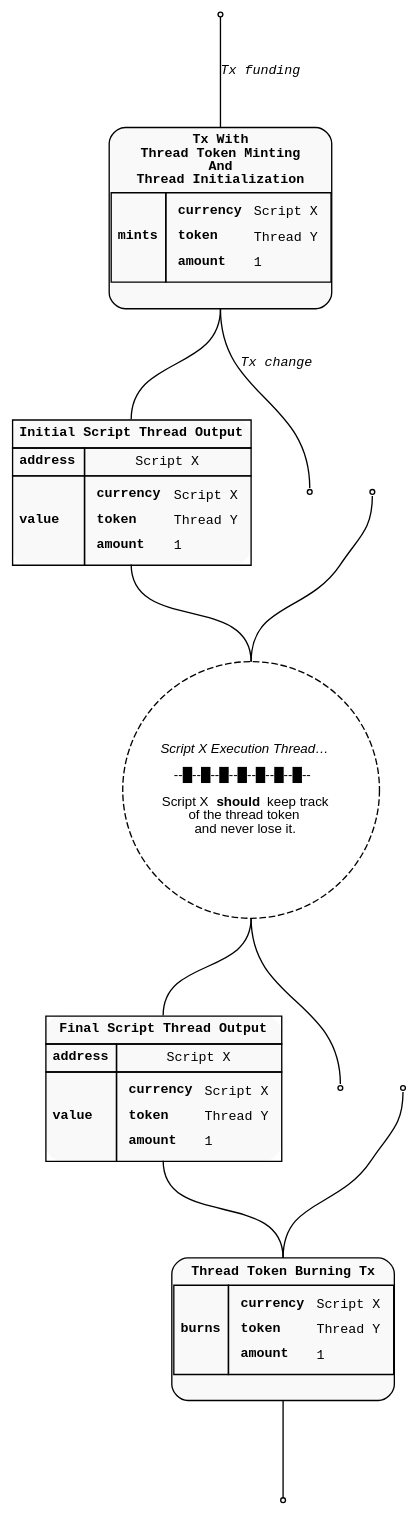
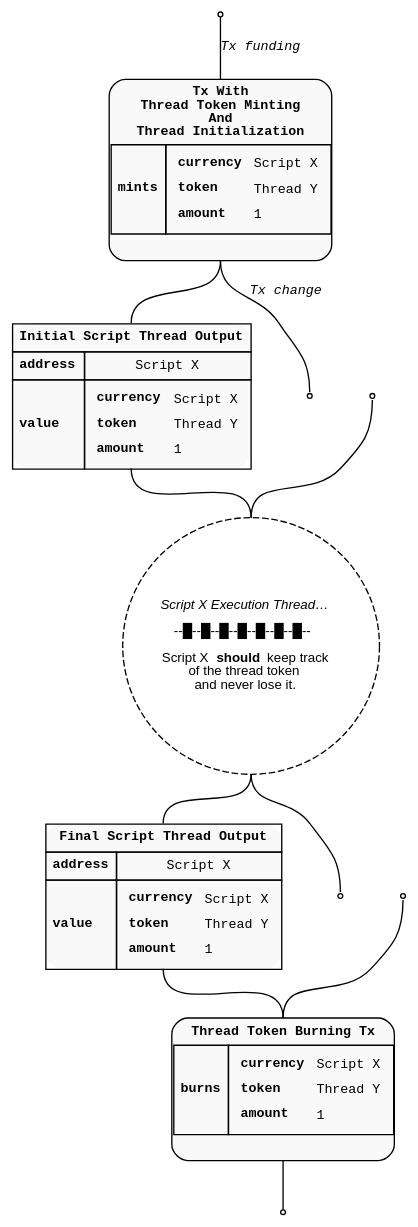
Before and after one commit to marlowe-lang/marlowe-oracle-protocol: the diagram in diagrams/utxo-thread-token.dot, drawn with Graphviz. The commit also changed 20 other files, not shown here.

Commit message:
Merge the markdown files. Make diagrams more compact.

```diff
--- a/diagrams/utxo-thread-token.dot
+++ b/diagrams/utxo-thread-token.dot
@@ -1,171 +1,171 @@
 digraph Thread_Token {
   rankdir=TD;
-  graph [pad="0.02", nodesep="0.6", ranksep="1"];
+  graph [pad="0.02", nodesep="0.6", ranksep="0.5"];
   node [shape=rect, style="filled,rounded", fillcolor="#f9f9f9", fontname="Courier New", fontsize="10"];
   edge [arrowhead=none, headport="n", tailport="s", color="#aaa", fontname="Courier New", fontsize="10"];
 
   MintingFundingOutput [shape=point];
   MintingFundingOutput -> MintingTx [label=<<i>Tx funding</i>>];
 
   MintingTx [label=<
     <TABLE CELLSPACING="0" CELLPADDING="4" BORDER="1" CELLBORDER="0" style="rounded" color="#aaa">
       <TR>
         <TD colspan="2" align="center"><b>Tx With</b><br/><b>Thread Token Minting</b><br/><b>And</b><br/><b>Thread Initialization</b></TD>
       </TR>
       <TR>
         <TD CELLPADDING="0">
           <TABLE CELLSPACING="0" CELLPADDING="4" BORDER="0" CELLBORDER="0">
             <TR>
               <TD BORDER="1" align="center"><b>mints</b></TD>
               <TD BORDER="1">
                 <TABLE CELLSPACING="0" CELLPADDING="4" BORDER="0" CELLBORDER="0">
                   <TR>
                     <TD align="left"><b>currency</b></TD>
                     <TD align="left" balign="left">Script X</TD>
                   </TR>
                   <TR>
                     <TD align="left"><b>token</b></TD>
                     <TD align="left" balign="left">Thread Y</TD>
                   </TR>
                   <TR>
                     <TD align="left"><b>amount</b></TD>
                     <TD align="left" balign="left">1</TD>
                   </TR>
                 </TABLE>
               </TD>
             </TR>
             <TR>
               <TD collspan="2" align="center"> </TD>
             </TR>
           </TABLE>
         </TD>
       </TR>
     </TABLE>
   > color="#aaa" shape="plain"];
 
 
   InitialScriptOutput [label=<
     <TABLE CELLSPACING="0" CELLPADDING="4" BORDER="0" CELLBORDER="1" style="rounded" color="#aaa">
       <TR>
         <TD colspan="2" align="center"><b>Initial Script Thread Output</b></TD>
       </TR>
       <TR>
         <TD align="left"><b>address</b></TD>
         <TD>Script X</TD>
       </TR>
       <TR>
         <TD align="left"><b>value</b></TD>
         <TD align="left" balign="left">
           <TABLE CELLSPACING="0" CELLPADDING="4" BORDER="0" CELLBORDER="0" style="rounded" color="#aaa">
             <TR>
               <TD align="left"><b>currency</b></TD>
               <TD align="left" balign="left">Script X</TD>
             </TR>
             <TR>
               <TD align="left"><b>token</b></TD>
               <TD align="left" balign="left">Thread Y</TD>
             </TR>
             <TR>
               <TD align="left"><b>amount</b></TD>
               <TD align="left" balign="left">1</TD>
             </TR>
           </TABLE>
         </TD>
       </TR>
       </TABLE>
   > shape="plain" border="1" color="#000"]
 
   MintingChangeOutput [shape=point];
   MintingTx -> MintingChangeOutput [label=<<i>Tx change</i>>];
   MintingTx -> InitialScriptOutput;
 
   InitialScriptOutput -> ScriptThread;
 
   ScriptThreadExtraInput [shape=point];
   ScriptThreadExtraInput -> ScriptThread;
 
   ScriptThread [shape=circle, style="dashed,rounded", color="#aaa" fillcolor="white", fontname="Helvetica", margin="0", padding="0",
     label=<<i>Script X Execution Thread…</i><br/><br/> --█--█--█--█--█--█--█--<br/><br/>Script X <b>should</b> keep track<br/>of the thread token<br/>and never lose it.>];
 
   ScriptThreadOutput [label=<
     <TABLE CELLSPACING="0" CELLPADDING="4" BORDER="0" CELLBORDER="1" style="rounded" color="#aaa">
       <TR>
         <TD colspan="2" align="center"><b>Final Script Thread Output</b></TD>
       </TR>
       <TR>
         <TD align="left"><b>address</b></TD>
         <TD>Script X</TD>
       </TR>
       <TR>
         <TD align="left"><b>value</b></TD>
         <TD align="left" balign="left">
           <TABLE CELLSPACING="0" CELLPADDING="4" BORDER="0" CELLBORDER="0" style="rounded" color="#aaa">
             <TR>
               <TD align="left"><b>currency</b></TD>
               <TD align="left" balign="left">Script X</TD>
             </TR>
             <TR>
               <TD align="left"><b>token</b></TD>
               <TD align="left" balign="left">Thread Y</TD>
             </TR>
             <TR>
               <TD align="left"><b>amount</b></TD>
               <TD align="left" balign="left">1</TD>
             </TR>
           </TABLE>
         </TD>
       </TR>
       </TABLE>
   > shape="plain" border="1" color="#000"]
 
   ScriptThread -> ScriptThreadOutput;
 
   ScriptThreadExtraOutput [shape=point];
   ScriptThread -> ScriptThreadExtraOutput;
 
   TxClosing [label=<
     <TABLE CELLSPACING="0" CELLPADDING="4" BORDER="1" CELLBORDER="0" style="rounded" color="#aaa">
       <TR>
         <TD colspan="2" align="center"><b>Thread Token Burning Tx</b></TD>
       </TR>
       <TR>
         <TD CELLPADDING="0">
           <TABLE CELLSPACING="0" CELLPADDING="4" BORDER="0" CELLBORDER="0">
             <TR>
               <TD BORDER="1" align="center"><b>burns</b></TD>
               <TD BORDER="1">
                 <TABLE CELLSPACING="0" CELLPADDING="4" BORDER="0" CELLBORDER="0">
                   <TR>
                     <TD align="left"><b>currency</b></TD>
                     <TD align="left" balign="left">Script X</TD>
                   </TR>
                   <TR>
                     <TD align="left"><b>token</b></TD>
                     <TD align="left" balign="left">Thread Y</TD>
                   </TR>
                   <TR>
                     <TD align="left"><b>amount</b></TD>
                     <TD align="left" balign="left">1</TD>
                   </TR>
                 </TABLE>
               </TD>
             </TR>
             <TR>
               <TD collspan="2" align="center"> </TD>
             </TR>
           </TABLE>
         </TD>
       </TR>
     </TABLE>
   > color="#aaa" shape="plain"];
 
   CloseFundingOutput [shape=point];
 
   CloseFundingOutput -> TxClosing;
 
   ScriptThreadOutput -> TxClosing;
 
   CloseOutput1 [shape=point];
 
   TxClosing -> CloseOutput1;
 }
```
